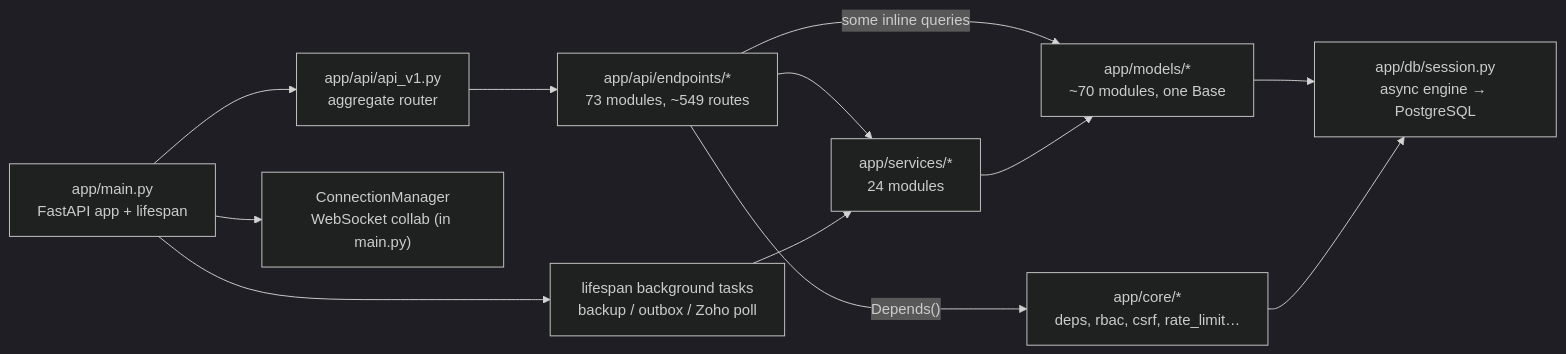
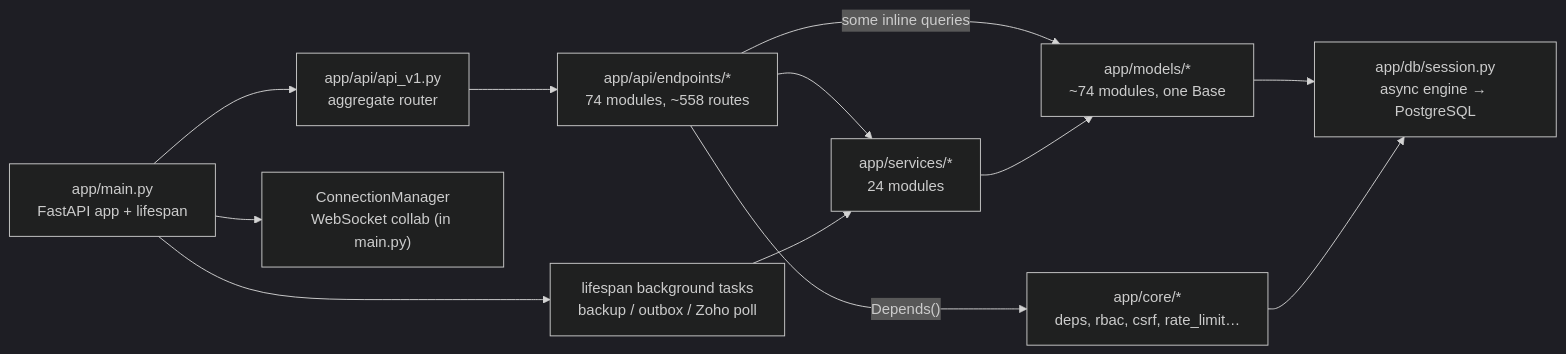
Before and after one commit to Sumanth-Raj14/BBF-BOM: the second of 6 diagrams in PROJECT_ARCHITECTURE.md, drawn with Mermaid (dark theme). The commit also changed other lines of this file and 15 other files, not shown here.

````diff
--- a/PROJECT_ARCHITECTURE.md
+++ b/PROJECT_ARCHITECTURE.md
@@ -198,14 +198,14 @@
 ```mermaid
 flowchart LR
     MAIN["app/main.py<br/>FastAPI app + lifespan"] --> APIV1["app/api/api_v1.py<br/>aggregate router"]
-    APIV1 --> EP["app/api/endpoints/*<br/>73 modules, ~549 routes"]
+    APIV1 --> EP["app/api/endpoints/*<br/>74 modules, ~558 routes"]
     EP -->|"Depends()"| CORE["app/core/*<br/>deps, rbac, csrf, rate_limit…"]
     EP --> SVCS["app/services/*<br/>24 modules"]
     EP -->|"some inline queries"| MODELS
-    SVCS --> MODELS["app/models/*<br/>~70 modules, one Base"]
+    SVCS --> MODELS["app/models/*<br/>~74 modules, one Base"]
     MODELS --> DB["app/db/session.py<br/>async engine → PostgreSQL"]
     CORE --> DB
     MAIN --> WS["ConnectionManager<br/>WebSocket collab (in main.py)"]
     MAIN --> TASKS["lifespan background tasks<br/>backup / outbox / Zoho poll"]
     TASKS --> SVCS
 ```
````
